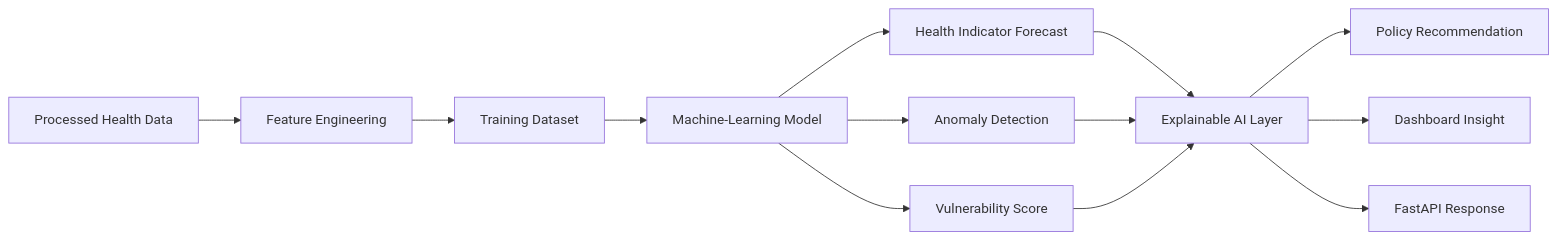
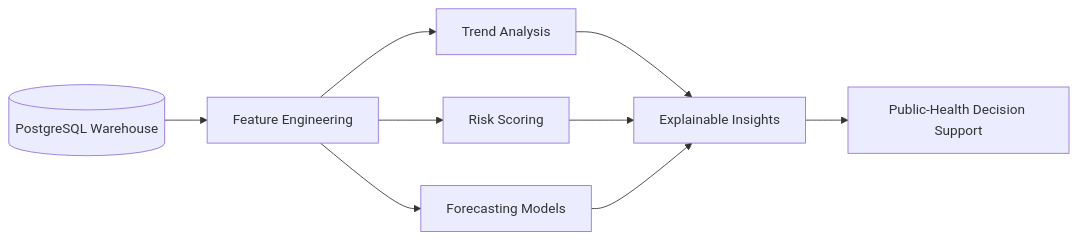
One commit to DevDataMLOps/Project-Rising changed the diagram in docs/architecture/03_ai_architecture.md. Above: the diagram before and after it, drawn with Mermaid. The commit also changed other lines of this file and 4 other files, not shown here.

Commit message:
Align architecture docs with resilient data pipeline

````diff
--- a/docs/architecture/03_ai_architecture.md
+++ b/docs/architecture/03_ai_architecture.md
@@ -11,18 +32,13 @@
 ```mermaid
 flowchart LR
-    A[Processed Health Data] --> B[Feature Engineering]
-    B --> C[Training Dataset]
-    C --> D[Machine-Learning Model]
+    A[(PostgreSQL Warehouse)] --> B[Feature Engineering]
+    B --> C[Trend Analysis]
+    B --> D[Risk Scoring]
+    B --> E[Forecasting Models]
 
-    D --> E[Health Indicator Forecast]
-    D --> F[Anomaly Detection]
-    D --> G[Vulnerability Score]
+    C --> F[Explainable Insights]
+    D --> F
+    E --> F
 
-    E --> H[Explainable AI Layer]
-    F --> H
-    G --> H
-
-    H --> I[Policy Recommendation]
-    H --> J[Dashboard Insight]
-    H --> K[FastAPI Response]
+    F --> G[Public-Health Decision Support]
 ```
````
